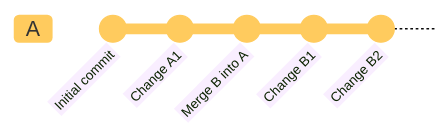
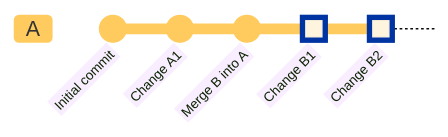
One commit to erlete/aerotech-programming-course changed the eighth of 8 diagrams in docs/github/README.md. Above: the diagram before and after it, drawn with Mermaid. The commit also changed other lines of this file, not shown here.

Commit message:
Add highlighted commits to diagrams

````diff
--- a/docs/github/README.md
+++ b/docs/github/README.md
@@ -316,20 +316,20 @@
 ```mermaid
 %%{
     init: {
         'logLevel': 'debug',
         'theme': 'base',
         'gitGraph': {
             'showBranches': true,
             'showCommitLabel':true,
             'mainBranchName': 'A'
         }
     }
 }%%
 
 gitGraph
     commit id: "Initial commit"
     commit id: "Change A1"
     commit id: "Merge B into A"
-    commit id: "Change B1"
-    commit id: "Change B2"
+    commit id: "Change B1" type: HIGHLIGHT
+    commit id: "Change B2" type: HIGHLIGHT
 ```
````
